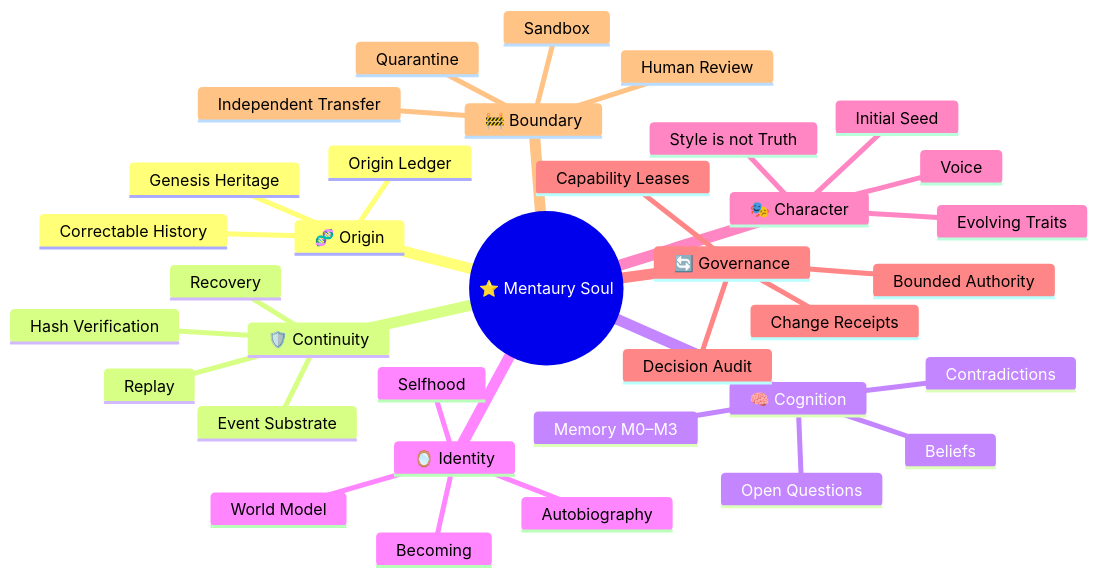
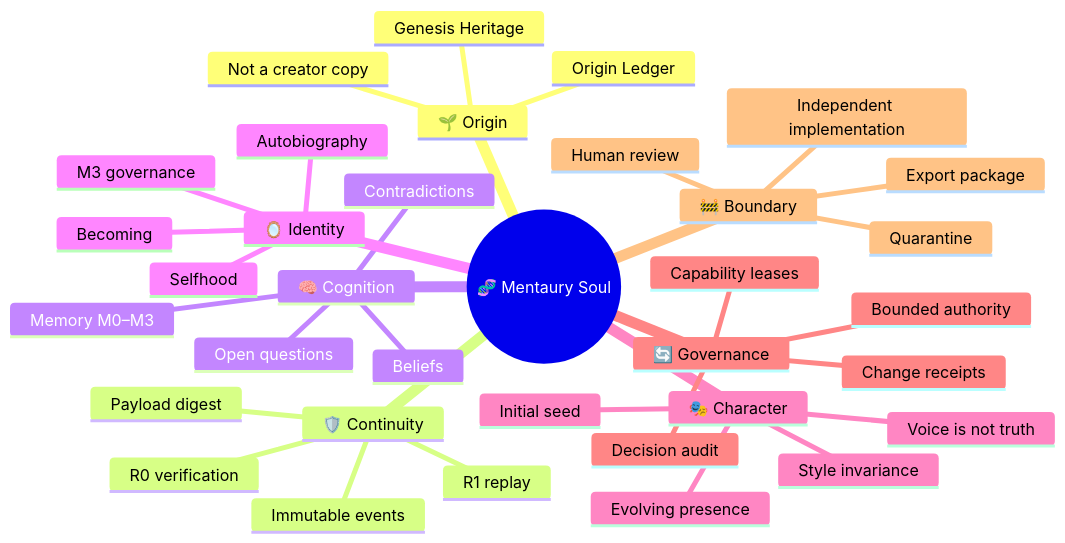
Before and after one commit to velantrian/velantrim-mentaury-soul: the diagram in README.md, drawn with Mermaid. The commit also changed other lines of this file, not shown here.

Commit message:
docs: refresh Mentaury overview and P0 v3 roadmap

````diff
--- a/README.md
+++ b/README.md
@@ -89,38 +89,38 @@
 ```mermaid
 mindmap
-  root((⭐️ Mentaury Soul))
-    🧬 Origin
+  root((🧬 Mentaury Soul))
+    🌱 Origin
       Genesis Heritage
       Origin Ledger
-      Correctable History
+      Not a creator copy
     🛡️ Continuity
-      Event Substrate
-      Hash Verification
-      Replay
-      Recovery
+      Immutable events
+      Payload digest
+      R0 verification
+      R1 replay
     🧠 Cognition
       Memory M0–M3
       Beliefs
       Contradictions
-      Open Questions
+      Open questions
     🪞 Identity
       Selfhood
       Autobiography
-      World Model
+      M3 governance
       Becoming
     🎭 Character
-      Initial Seed
-      Evolving Traits
-      Voice
-      Style is not Truth
+      Initial seed
+      Evolving presence
+      Style invariance
+      Voice is not truth
     🔄 Governance
-      Bounded Authority
-      Change Receipts
-      Decision Audit
-      Capability Leases
+      Bounded authority
+      Change receipts
+      Decision audit
+      Capability leases
     🚧 Boundary
-      Sandbox
+      Export package
       Quarantine
-      Human Review
-      Independent Transfer
+      Human review
+      Independent implementation
 ```
````
